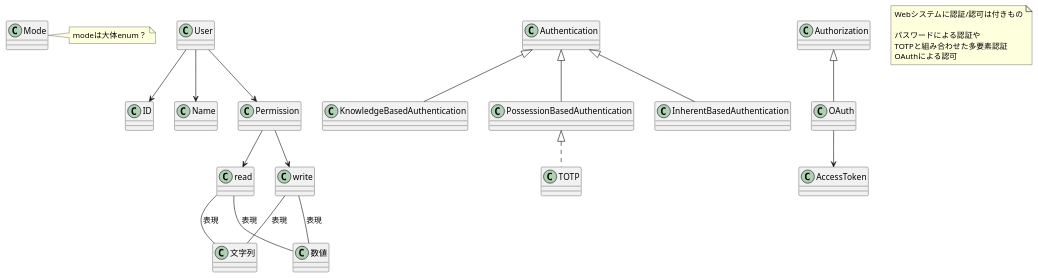
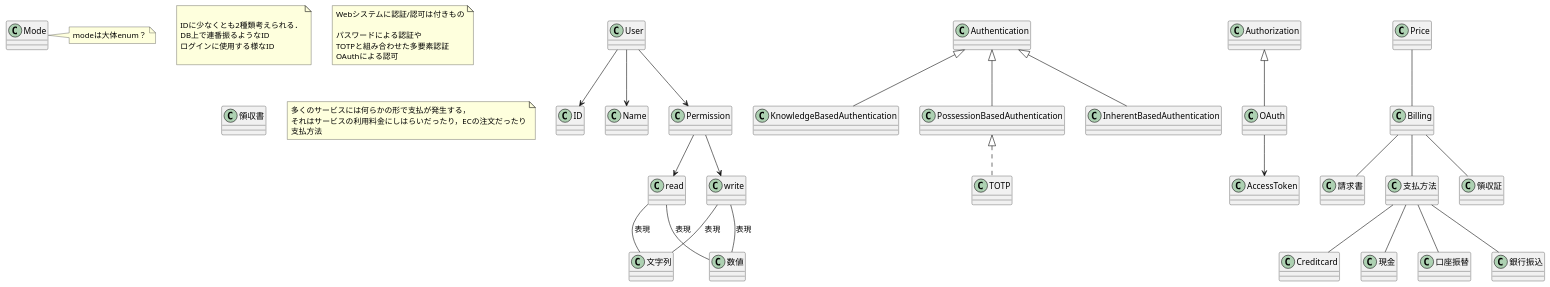
Before and after one commit to beli68/ontologies: the diagram in sandbox/GenericAPI.puml, drawn with PlantUML.

Commit message:
update: 大体のシステムには支払に関する機能がある
# ==== Prefix ====
# feat: A new feature
# fix: A bug fix
# docs: Documentation only changes
# style: Changes that do not affect the meaning of the code (white-space, formatting, missing semi-colons, etc)
# refactor: A code change that neither fixes a bug nor adds a feature
# perf: A code change that improves performance
# test: Adding missing or correcting existing tests
# chore: Changes to the build process or auxiliary tools and libraries such as documentation generation

```diff
--- a/sandbox/GenericAPI.puml
+++ b/sandbox/GenericAPI.puml
@@ -1,67 +1,105 @@
 @startuml APPLICATION
 
 class ID{}
 
 Class Name{}
 
 Class Mode{}
 
 note right of Mode
     modeは大体enum？
 end note
 
 
 Class Permission{}
 
 Class 文字列{}
 Class 数値{}
 Class read{}
 Class write{}
 
 Permission --> read
 read -- 数値 : 表現
 read -- 文字列 : 表現
 Permission --> write
 write -- 数値 : 表現
 write -- 文字列 : 表現
 
 Class User{}
 User --> ID
 User --> Permission
 User --> Name
+
+note as id_note
+
+IDに少なくとも2種類考えられる．
+DB上で連番振るようなID
+ログインに使用する様なID
+
+end note
 
 Class Authentication{}
 
 Class KnowledgeBasedAuthentication{}
 Authentication <|-- KnowledgeBasedAuthentication
 
 Class PossessionBasedAuthentication{}
 Authentication <|-- PossessionBasedAuthentication
 
 Class TOTP{}
 
 PossessionBasedAuthentication <|.. TOTP
 
 Class InherentBasedAuthentication{}
 
 Authentication <|-- InherentBasedAuthentication
 
 Class Authorization{}
 
 Class OAuth{}
 
 Authorization <|-- OAuth
 
 Class AccessToken
 
 OAuth-->AccessToken
 
 note as n1
 Webシステムに認証/認可は付きもの
 
 パスワードによる認証や
 TOTPと組み合わせた多要素認証
 OAuthによる認可
 end note
 
+
+Class Billing{}
+
+Class Creditcard{}
+
+Class 現金{}
+
+Class 口座振替{}
+Class 銀行振込{}
+Class 請求書{}
+Class 領収書{}
+Class 支払方法{}
+
+Billing -- 支払方法
+支払方法 -- Creditcard
+支払方法 -- 現金
+支払方法 -- 口座振替
+支払方法 -- 銀行振込
+Billing -- 請求書
+Billing -- 領収証
+
+Class Price{}
+
+Price -- Billing
+note as billing_note
+多くのサービスには何らかの形で支払が発生する，
+それはサービスの利用料金にしはらいだったり，ECの注文だったり
+支払方法
+end note
+
 @enduml
```
